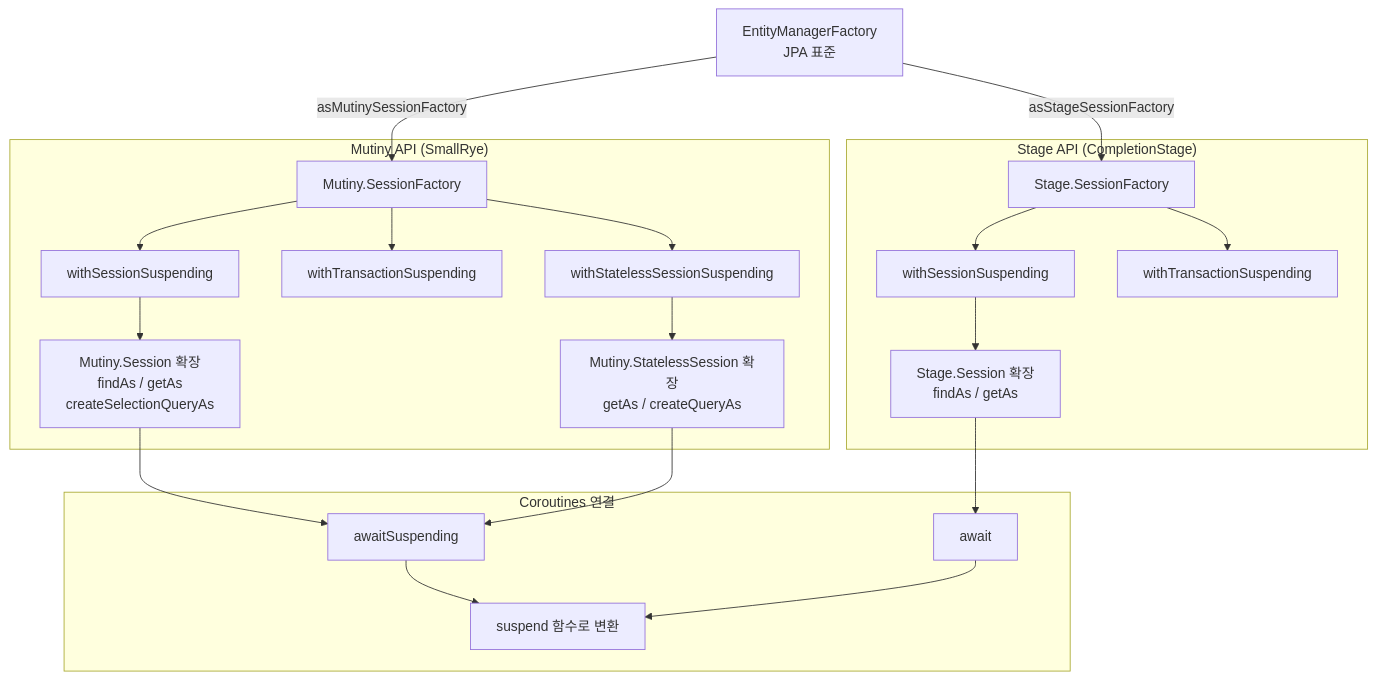
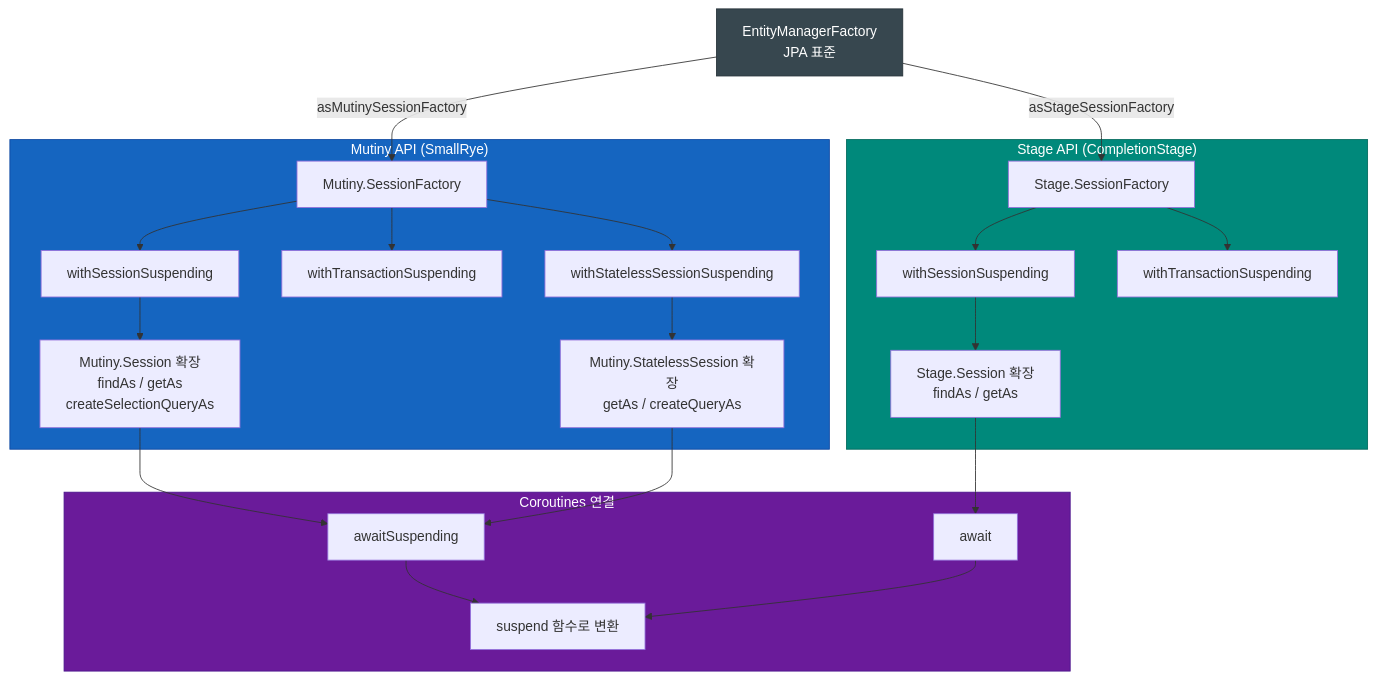
The second of 3 diagrams in data/hibernate-reactive/README.ko.md (bluetape4k/bluetape4k-projects), drawn with Mermaid before and after one commit. The commit also changed other lines of this file and 221 other files, not shown here.

First line of the commit message:
docs: 전체 모듈 README UML 다이어그램 보강 및 색상 업그레이드

````diff
--- a/data/hibernate-reactive/README.ko.md
+++ b/data/hibernate-reactive/README.ko.md
@@ -98,28 +99,38 @@
 ```mermaid
 flowchart TD
     A[EntityManagerFactory<br/>JPA 표준] -->|asMutinySessionFactory| B[Mutiny.SessionFactory]
     A -->|asStageSessionFactory| C[Stage.SessionFactory]
 
     subgraph Mutiny_API["Mutiny API (SmallRye)"]
         B --> D[withSessionSuspending]
         B --> E[withTransactionSuspending]
         B --> F[withStatelessSessionSuspending]
         D --> G[Mutiny.Session 확장<br/>findAs / getAs<br/>createSelectionQueryAs]
         F --> H[Mutiny.StatelessSession 확장<br/>getAs / createQueryAs]
     end
 
     subgraph Stage_API["Stage API (CompletionStage)"]
         C --> I[withSessionSuspending]
         C --> J[withTransactionSuspending]
         I --> K[Stage.Session 확장<br/>findAs / getAs]
     end
 
     subgraph Coroutines["Coroutines 연결"]
         L[awaitSuspending] --> M[suspend 함수로 변환]
         N[await] --> M
     end
 
     G --> L
     H --> L
     K --> N
+
+    classDef jpaStyle fill:#37474F,stroke:#263238,color:#FFFFFF
+    classDef mutinyStyle fill:#1565C0,stroke:#0D47A1,color:#FFFFFF
+    classDef stageStyle fill:#00897B,stroke:#00695C,color:#FFFFFF
+    classDef coroutineStyle fill:#6A1B9A,stroke:#4A148C,color:#FFFFFF
+
+    class A jpaStyle
+    class Mutiny_API mutinyStyle
+    class Stage_API stageStyle
+    class Coroutines coroutineStyle
 ```
````
